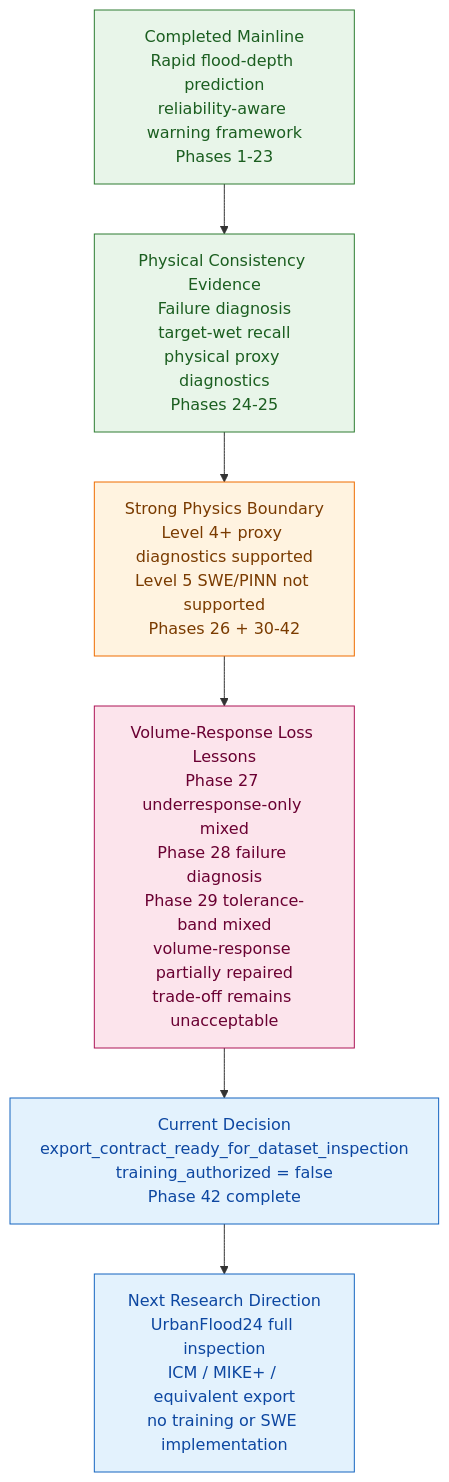
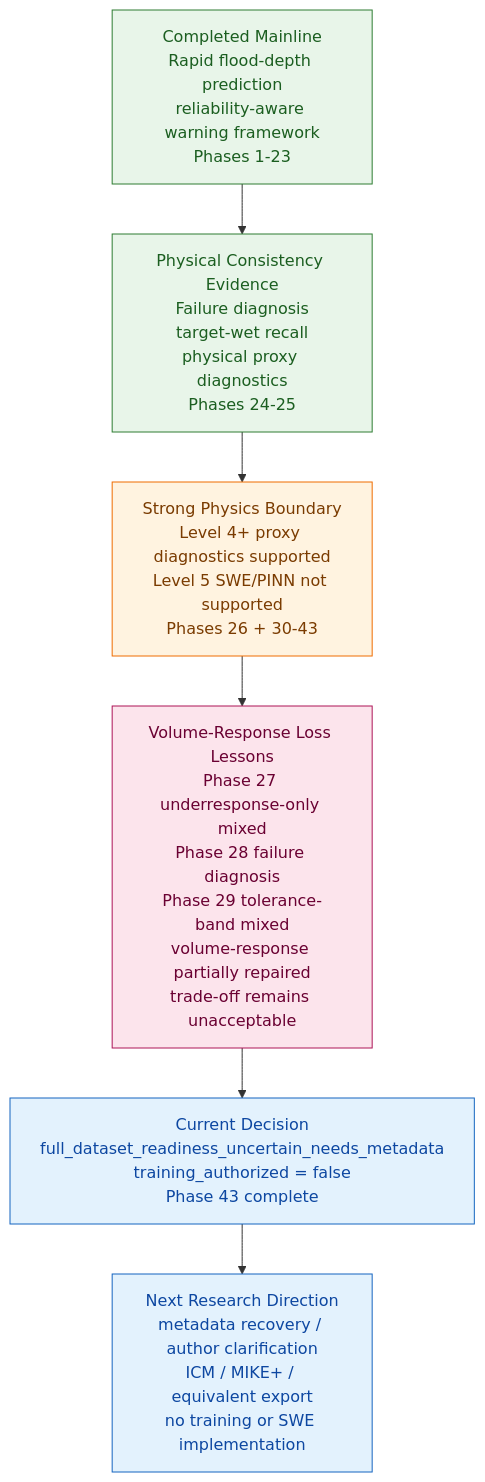
The third of 3 diagrams in README.md (HolyLin990604/physics-guided-urban-flood-prediction), drawn with Mermaid before and after one commit. The commit also changed other lines of this file and 2 other files, not shown here.

Commit message:
docs: sync phase43 urbanflood24 full dataset inspection status

````diff
--- a/README.md
+++ b/README.md
@@ -482,16 +484,16 @@
 ```mermaid
 flowchart TD
     A["Completed Mainline<br/>Rapid flood-depth prediction<br/>reliability-aware warning framework<br/>Phases 1-23"]:::completed
     B["Physical Consistency Evidence<br/>Failure diagnosis<br/>target-wet recall<br/>physical proxy diagnostics<br/>Phases 24-25"]:::completed
-    C["Strong Physics Boundary<br/>Level 4+ proxy diagnostics supported<br/>Level 5 SWE/PINN not supported<br/>Phases 26 + 30-42"]:::boundary
+    C["Strong Physics Boundary<br/>Level 4+ proxy diagnostics supported<br/>Level 5 SWE/PINN not supported<br/>Phases 26 + 30-43"]:::boundary
     D["Volume-Response Loss Lessons<br/>Phase 27 underresponse-only mixed<br/>Phase 28 failure diagnosis<br/>Phase 29 tolerance-band mixed<br/>volume-response partially repaired<br/>trade-off remains unacceptable"]:::diagnosis
-    E["Current Decision<br/>export_contract_ready_for_dataset_inspection<br/>training_authorized = false<br/>Phase 42 complete"]:::current
-    F["Next Research Direction<br/>UrbanFlood24 full inspection<br/>ICM / MIKE+ / equivalent export<br/>no training or SWE implementation"]:::current
+    E["Current Decision<br/>full_dataset_readiness_uncertain_needs_metadata<br/>training_authorized = false<br/>Phase 43 complete"]:::current
+    F["Next Research Direction<br/>metadata recovery / author clarification<br/>ICM / MIKE+ / equivalent export<br/>no training or SWE implementation"]:::current
 
     A --> B --> C --> D --> E --> F
 
     classDef completed fill:#e8f5e9,stroke:#2e7d32,color:#1b5e20
     classDef boundary fill:#fff3e0,stroke:#ef6c00,color:#7a3b00
     classDef diagnosis fill:#fce4ec,stroke:#ad1457,color:#6a0032
     classDef current fill:#e3f2fd,stroke:#1565c0,color:#0d47a1
 ```
````
